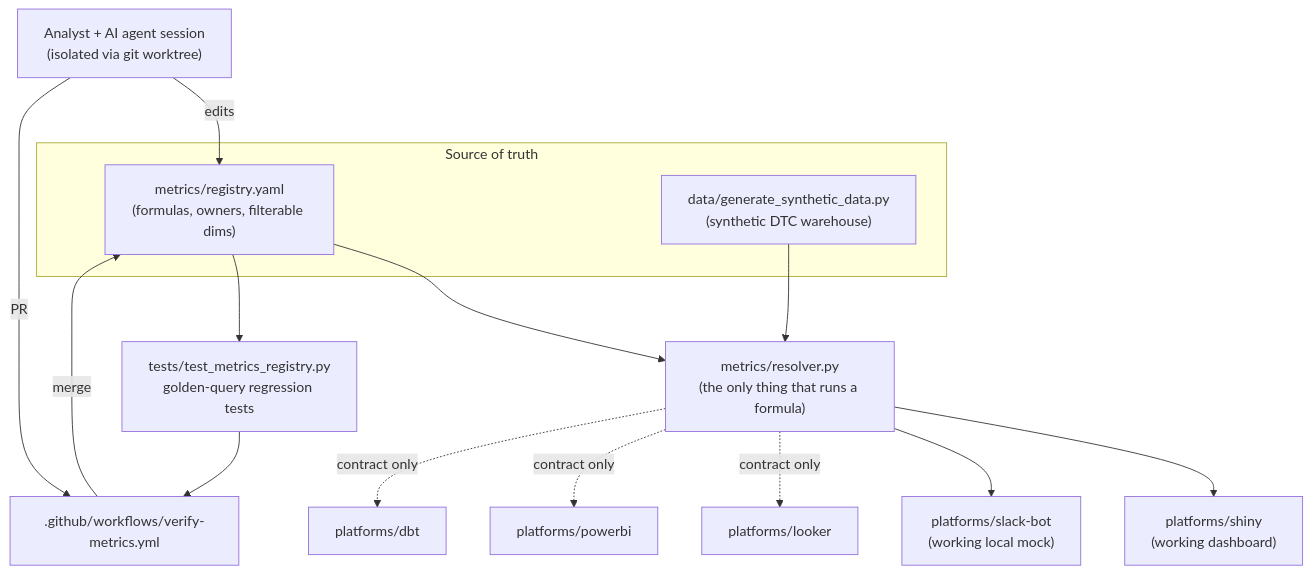
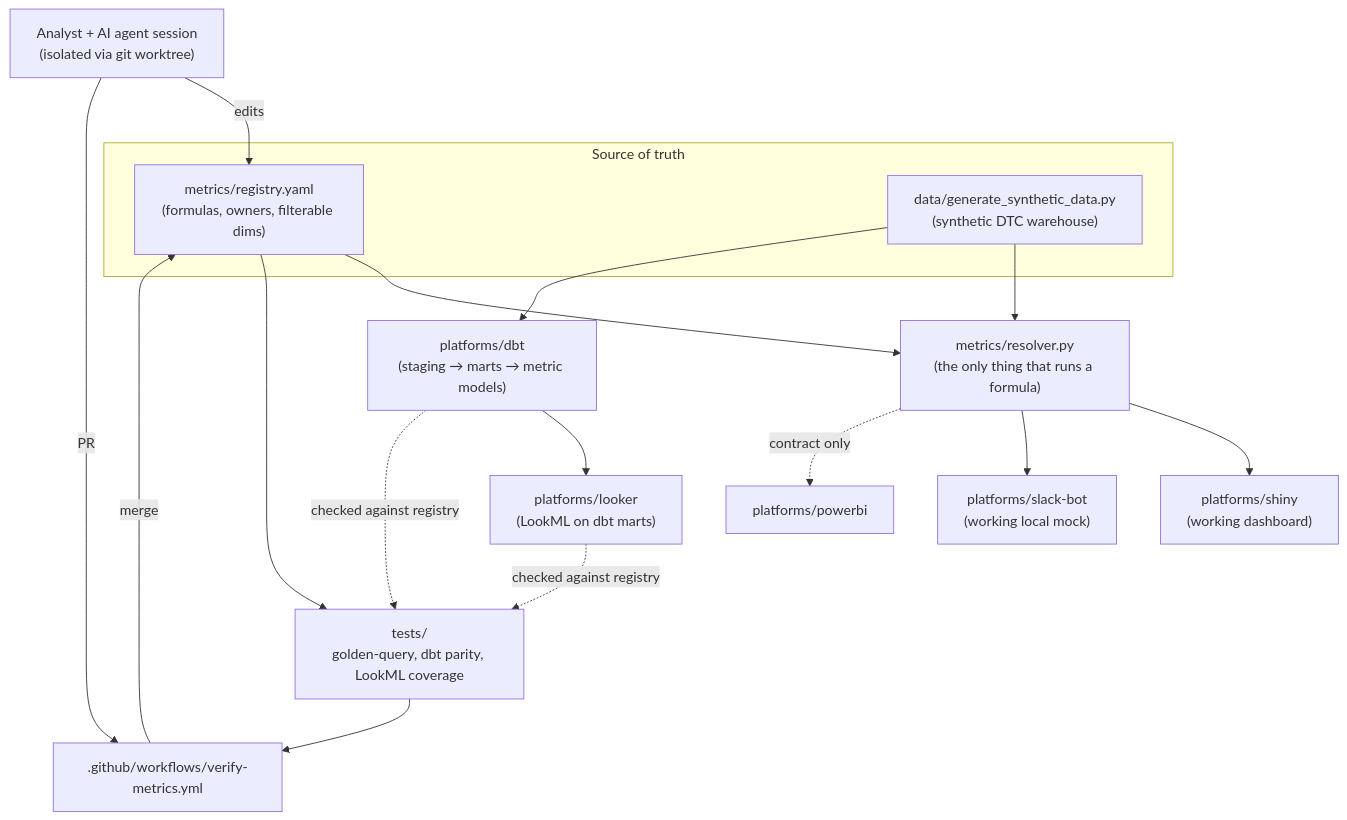
One commit to davidayala16/bi-framework changed the diagram in docs/ARCHITECTURE.md. Above: the diagram before and after it, drawn with Mermaid. The commit also changed other lines of this file and 43 other files, not shown here.

````diff
--- a/docs/ARCHITECTURE.md
+++ b/docs/ARCHITECTURE.md
@@ -11,27 +11,31 @@
 ```mermaid
 flowchart TD
     subgraph Source of truth
         REG["metrics/registry.yaml<br/>(formulas, owners, filterable dims)"]
         DATA["data/generate_synthetic_data.py<br/>(synthetic DTC warehouse)"]
     end
 
     RES["metrics/resolver.py<br/>(the only thing that runs a formula)"]
 
     REG --> RES
     DATA --> RES
 
     RES --> SHINY["platforms/shiny<br/>(working dashboard)"]
     RES --> SLACK["platforms/slack-bot<br/>(working local mock)"]
-    RES -.contract only.-> LOOKER["platforms/looker"]
     RES -.contract only.-> PBI["platforms/powerbi"]
-    RES -.contract only.-> DBT["platforms/dbt"]
 
-    TESTS["tests/test_metrics_registry.py<br/>golden-query regression tests"]
+    DBT["platforms/dbt<br/>(staging → marts → metric models)"]
+    LOOKER["platforms/looker<br/>(LookML on dbt marts)"]
+    DATA --> DBT --> LOOKER
+
+    TESTS["tests/<br/>golden-query, dbt parity, LookML coverage"]
     CI[".github/workflows/verify-metrics.yml"]
     REG --> TESTS --> CI
+    DBT -.checked against registry.-> TESTS
+    LOOKER -.checked against registry.-> TESTS
 
     ANALYST["Analyst + AI agent session<br/>(isolated via git worktree)"]
     ANALYST -- edits --> REG
     ANALYST -- PR --> CI
     CI -- merge --> REG
 ```
````
